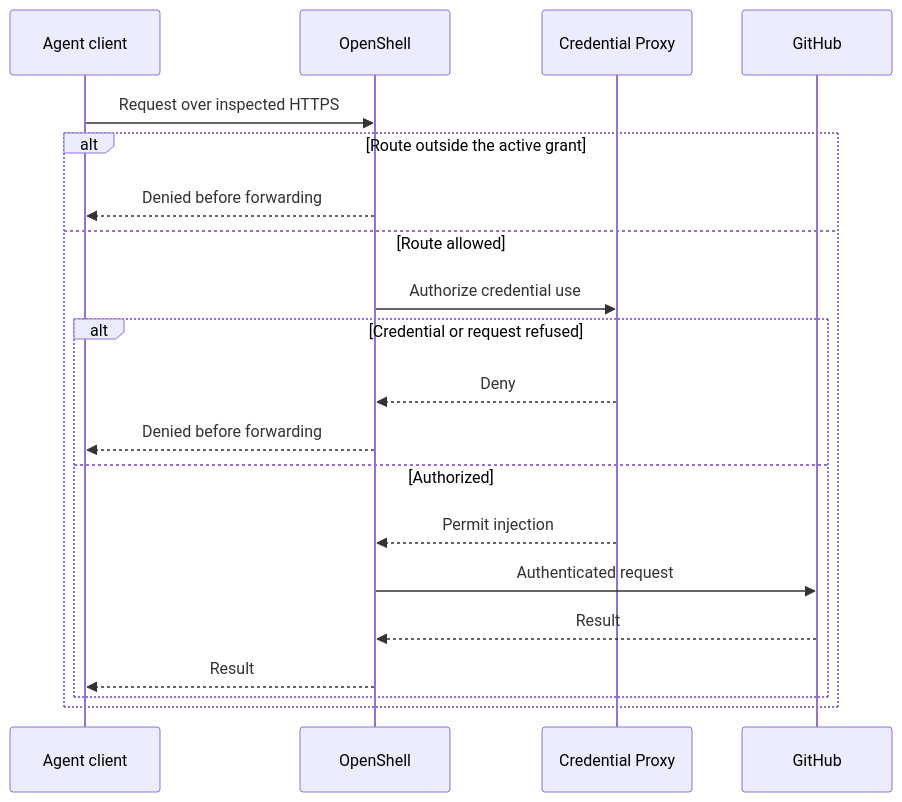
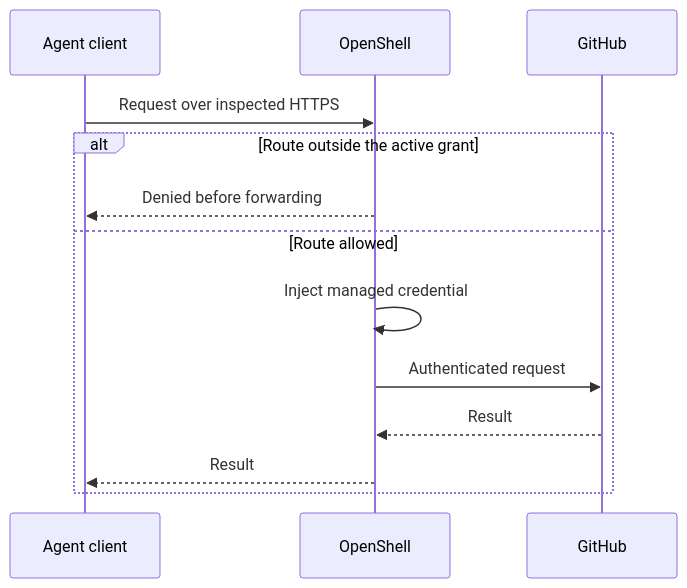
Before and after one commit to openclaw/openclaw-enterprise: the second of 2 diagrams in specs/rfcs/20261119-repository-network-policy.md, drawn with Mermaid. The commit also changed other lines of this file and 1 other file, not shown here.

Commit message:
Specify native OpenShell Git enforcement and how to verify it without a Worker callback

````diff
--- a/specs/rfcs/20261119-repository-network-policy.md
+++ b/specs/rfcs/20261119-repository-network-policy.md
@@ -91,22 +91,15 @@
 ```mermaid
 sequenceDiagram
   participant Client as Agent client
   participant Shell as OpenShell
-  participant Proxy as Credential Proxy
   participant Origin as GitHub
   Client->>Shell: Request over inspected HTTPS
   alt Route outside the active grant
     Shell-->>Client: Denied before forwarding
   else Route allowed
-    Shell->>Proxy: Authorize credential use
-    alt Credential or request refused
-      Proxy-->>Shell: Deny
-      Shell-->>Client: Denied before forwarding
-    else Authorized
-      Proxy-->>Shell: Permit injection
-      Shell->>Origin: Authenticated request
-      Origin-->>Shell: Result
-      Shell-->>Client: Result
-    end
+    Shell->>Shell: Inject managed credential
+    Shell->>Origin: Authenticated request
+    Origin-->>Shell: Result
+    Shell-->>Client: Result
   end
 ```
````
